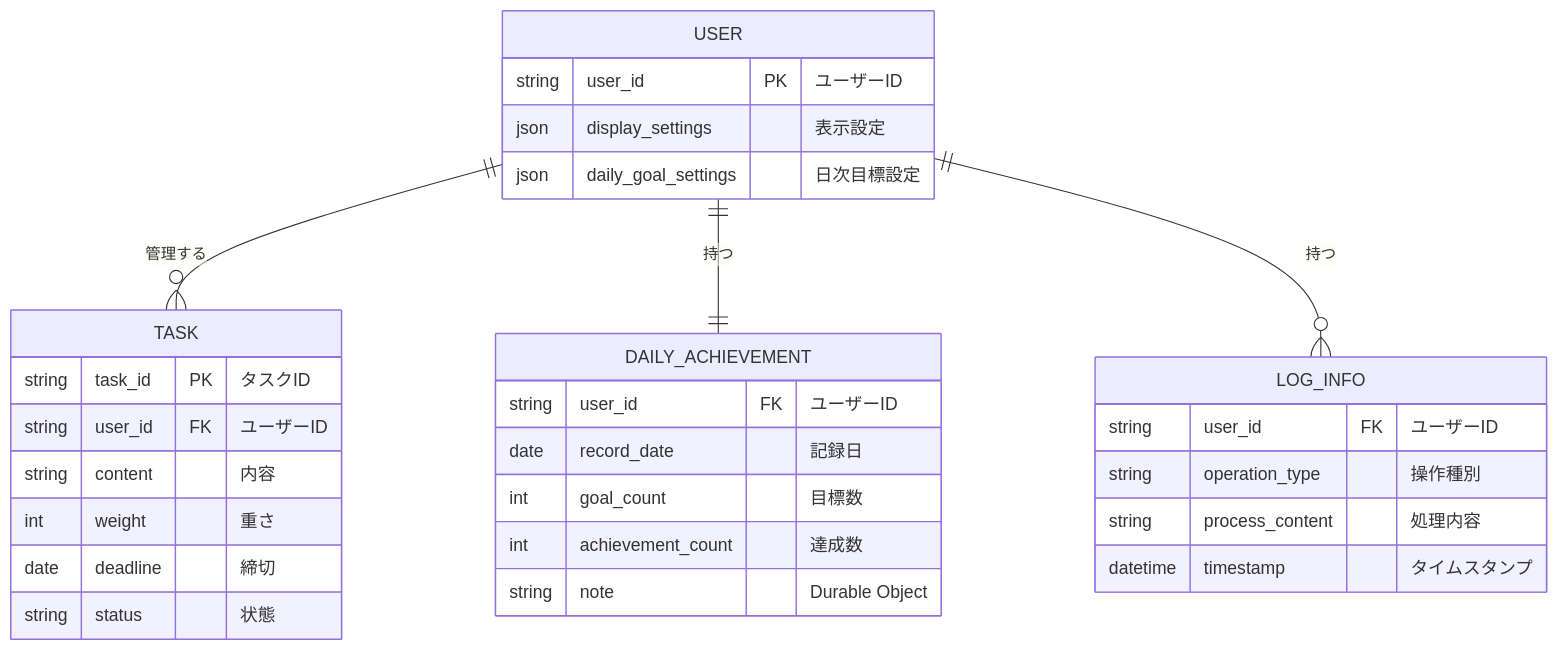
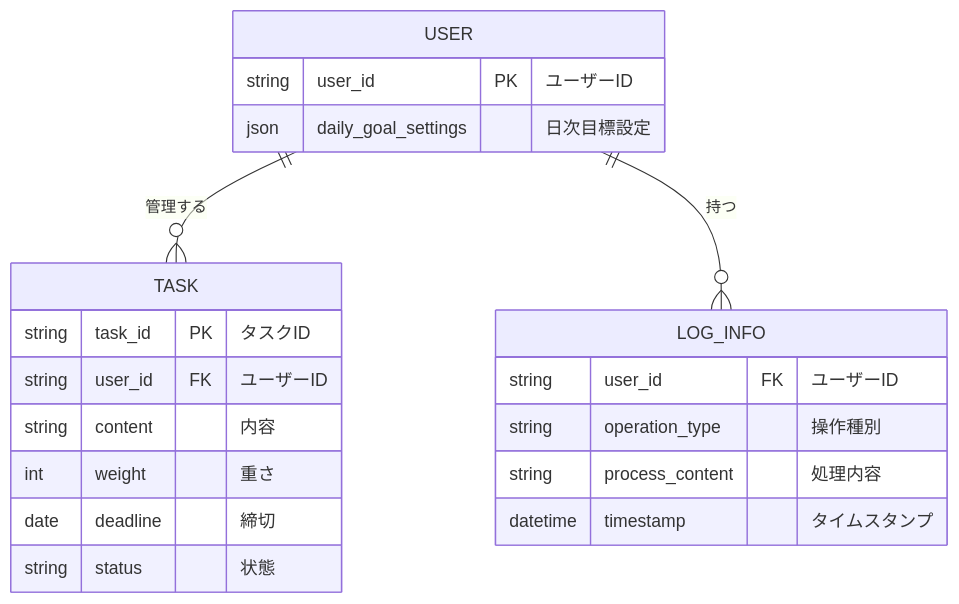
Before and after one commit to osawa-naotaka/vanishtodo: the diagram in doc/05_02_DATA_SPEC.md, drawn with Mermaid. The commit also changed other lines of this file and 2 other files, not shown here.

````diff
--- a/doc/05_02_DATA_SPEC.md
+++ b/doc/05_02_DATA_SPEC.md
@@ -16,36 +15,26 @@
 ```mermaid
 erDiagram
     USER ||--o{ TASK : "管理する"
-    USER ||--|| DAILY_ACHIEVEMENT : "持つ"
     USER ||--o{ LOG_INFO : "持つ"
     
     USER {
         string user_id PK "ユーザーID"
-        json display_settings "表示設定"
         json daily_goal_settings "日次目標設定"
     }
     
     TASK {
         string task_id PK "タスクID"
         string user_id FK "ユーザーID"
         string content "内容"
         int weight "重さ"
         date deadline "締切"
         string status "状態"
     }
-    
-    DAILY_ACHIEVEMENT {
-        string user_id FK "ユーザーID"
-        date record_date "記録日"
-        int goal_count "目標数"
-        int achievement_count "達成数"
-        string note "Durable Object"
-    }
-    
+        
     LOG_INFO {
         string user_id FK "ユーザーID"
         string operation_type "操作種別"
         string process_content "処理内容"
         datetime timestamp "タイムスタンプ"
     }
 ```
````
